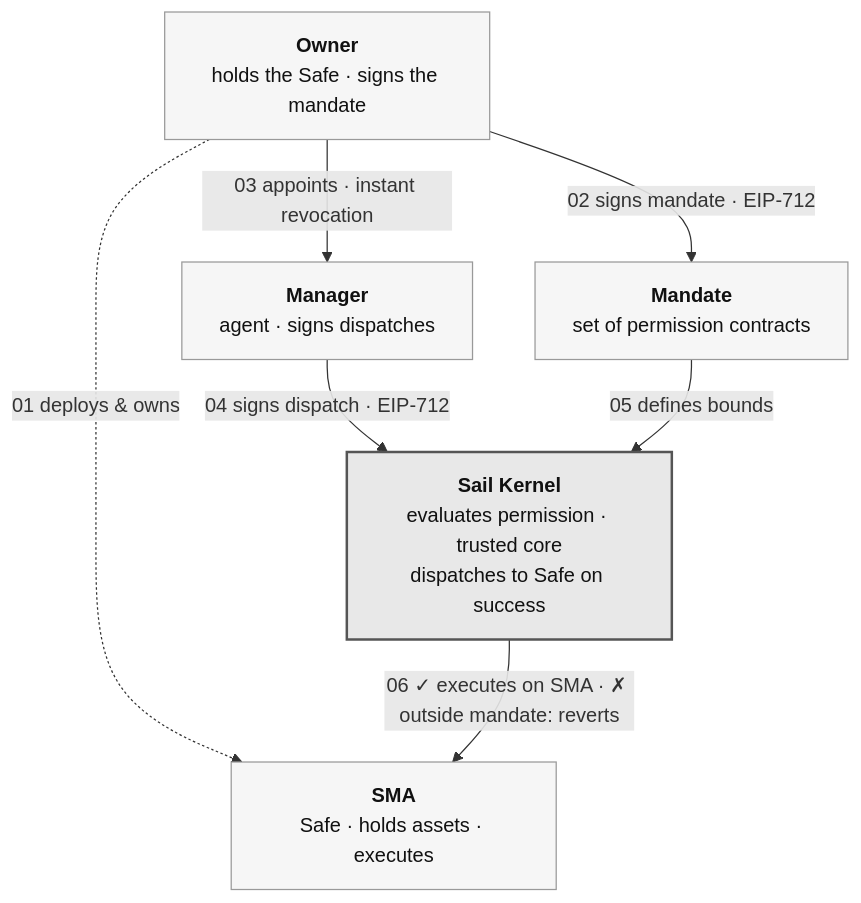
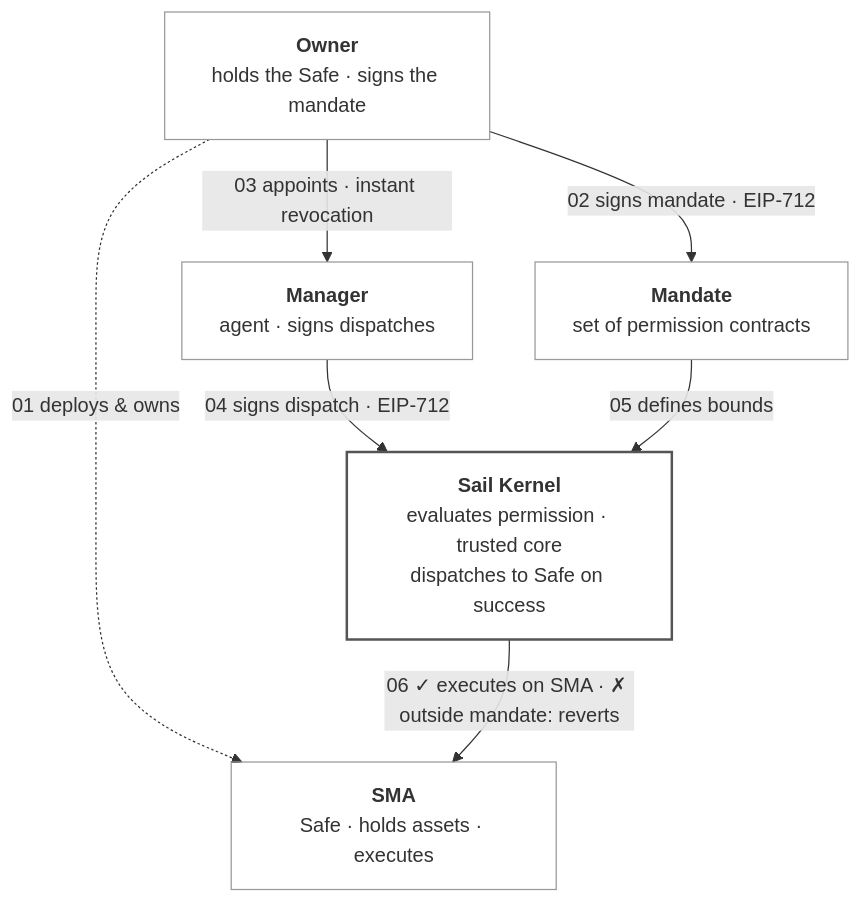
One commit to sail-money/Protocol changed the diagram in README.md. Above: the diagram before and after it, drawn with Mermaid.

Commit message:
docs: remove node background fills from README diagram

````diff
--- a/README.md
+++ b/README.md
@@ -13,25 +13,25 @@
 ```mermaid
 flowchart TD
     Owner["`**Owner**
 holds the Safe · signs the mandate`"]
     Manager["`**Manager**
 agent · signs dispatches`"]
     Mandate["`**Mandate**
 set of permission contracts`"]
     Kernel["`**Sail Kernel**
 evaluates permission · trusted core
 dispatches to Safe on success`"]
     SMA["`**SMA**
 Safe · holds assets · executes`"]
 
     Owner -- "03 appoints · instant revocation" --> Manager
     Owner -- "02 signs mandate · EIP-712" --> Mandate
     Owner -. "01 deploys & owns" .-> SMA
     Manager -- "04 signs dispatch · EIP-712" --> Kernel
     Mandate -- "05 defines bounds" --> Kernel
     Kernel -- "06 ✓ executes on SMA · ✗ outside mandate: reverts" --> SMA
 
-    classDef default fill:#f6f6f6,stroke:#999,color:#111
-    classDef kernelNode fill:#e8e8e8,stroke:#555,stroke-width:2px,color:#111
+    classDef default fill:none,stroke:#999
+    classDef kernelNode fill:none,stroke:#555,stroke-width:2px
     class Kernel kernelNode
 ```
````
